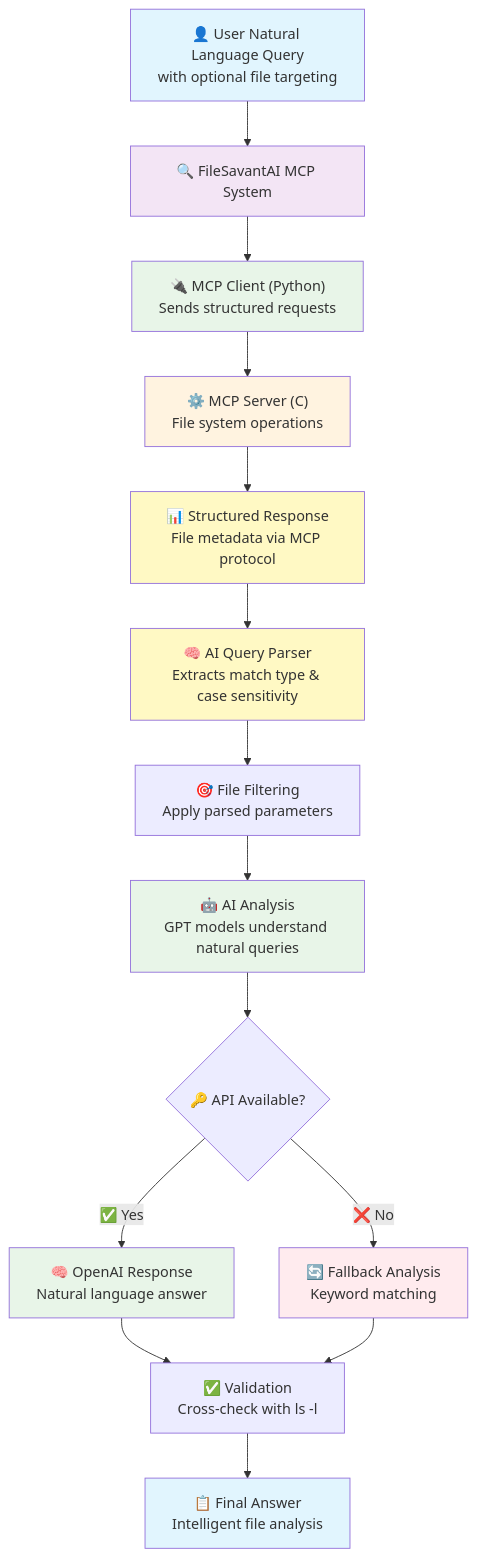
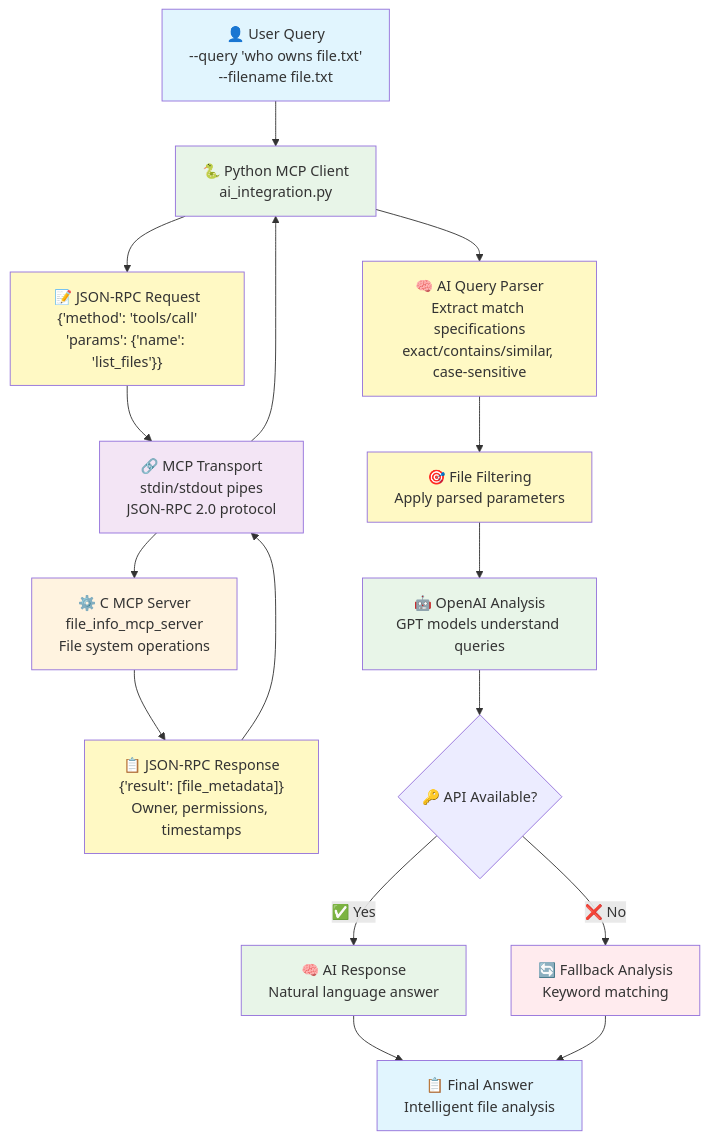
The first of 2 diagrams in README.md (engmohamedsalah/FileSavantAI), drawn with Mermaid before and after one commit.

Commit message:
Fix main pipeline graph to show detailed MCP communication - Update System Pipeline Overview graph to show JSON-RPC details - Add MCP transport layer with stdin/stdout pipes - Show bidirectional communication flow - Include actual request/response format examples - Match the detailed pipeline in Data Flow section - Now both graphs show proper MCP architecture

````diff
--- a/README.md
+++ b/README.md
@@ -364,33 +364,42 @@
 ```mermaid
 graph TD
-    A["👤 User Natural Language Query<br/>with optional file targeting"] --> B["🔍 FileSavantAI MCP System"]
+    A["👤 User Query<br/>--query 'who owns file.txt'<br/>--filename file.txt"] --> B["🐍 Python MCP Client<br/>ai_integration.py"]
     
-    B --> C["🔌 MCP Client (Python)<br/>Sends structured requests"]
-    C --> D["⚙️ MCP Server (C)<br/>File system operations"]
-    D --> E["📊 Structured Response<br/>File metadata via MCP protocol"]
+    B --> C["📝 JSON-RPC Request<br/>{'method': 'tools/call'<br/>'params': {'name': 'list_files'}}"]
     
-    E --> F["🧠 AI Query Parser<br/>Extracts match type & case sensitivity"]
-    F --> G["🎯 File Filtering<br/>Apply parsed parameters"]
+    C --> D["🔗 MCP Transport<br/>stdin/stdout pipes<br/>JSON-RPC 2.0 protocol"]
     
-    G --> H["🤖 AI Analysis<br/>GPT models understand natural queries"]
-    H --> I{"🔑 API Available?"}
+    D --> E["⚙️ C MCP Server<br/>file_info_mcp_server<br/>File system operations"]
     
-    I -->|"✅ Yes"| J["🧠 OpenAI Response<br/>Natural language answer"]
-    I -->|"❌ No"| K["🔄 Fallback Analysis<br/>Keyword matching"]
+    E --> F["📋 JSON-RPC Response<br/>{'result': [file_metadata]}<br/>Owner, permissions, timestamps"]
     
-    J --> L["✅ Validation<br/>Cross-check with ls -l"]
-    K --> L
+    F --> D
+    D --> B
     
-    L --> M["📋 Final Answer<br/>Intelligent file analysis"]
+    B --> G["🧠 AI Query Parser<br/>Extract match specifications<br/>exact/contains/similar, case-sensitive"]
+    
+    G --> H["🎯 File Filtering<br/>Apply parsed parameters"]
+    
+    H --> I["🤖 OpenAI Analysis<br/>GPT models understand queries"]
+    
+    I --> J{"🔑 API Available?"}
+    
+    J -->|"✅ Yes"| K["🧠 AI Response<br/>Natural language answer"]
+    J -->|"❌ No"| L["🔄 Fallback Analysis<br/>Keyword matching"]
+    
+    K --> M["📋 Final Answer<br/>Intelligent file analysis"]
+    L --> M
     
     style A fill:#e1f5fe
-    style B fill:#f3e5f5
-    style C fill:#e8f5e8
-    style D fill:#fff3e0
-    style E fill:#fff9c4
+    style B fill:#e8f5e8
+    style C fill:#fff9c4
+    style D fill:#f3e5f5
+    style E fill:#fff3e0
     style F fill:#fff9c4
-    style H fill:#e8f5e8
-    style J fill:#e8f5e8
-    style K fill:#ffebee
+    style G fill:#fff9c4
+    style H fill:#fff9c4
+    style I fill:#e8f5e8
+    style K fill:#e8f5e8
+    style L fill:#ffebee
     style M fill:#e1f5fe
 ```
````
